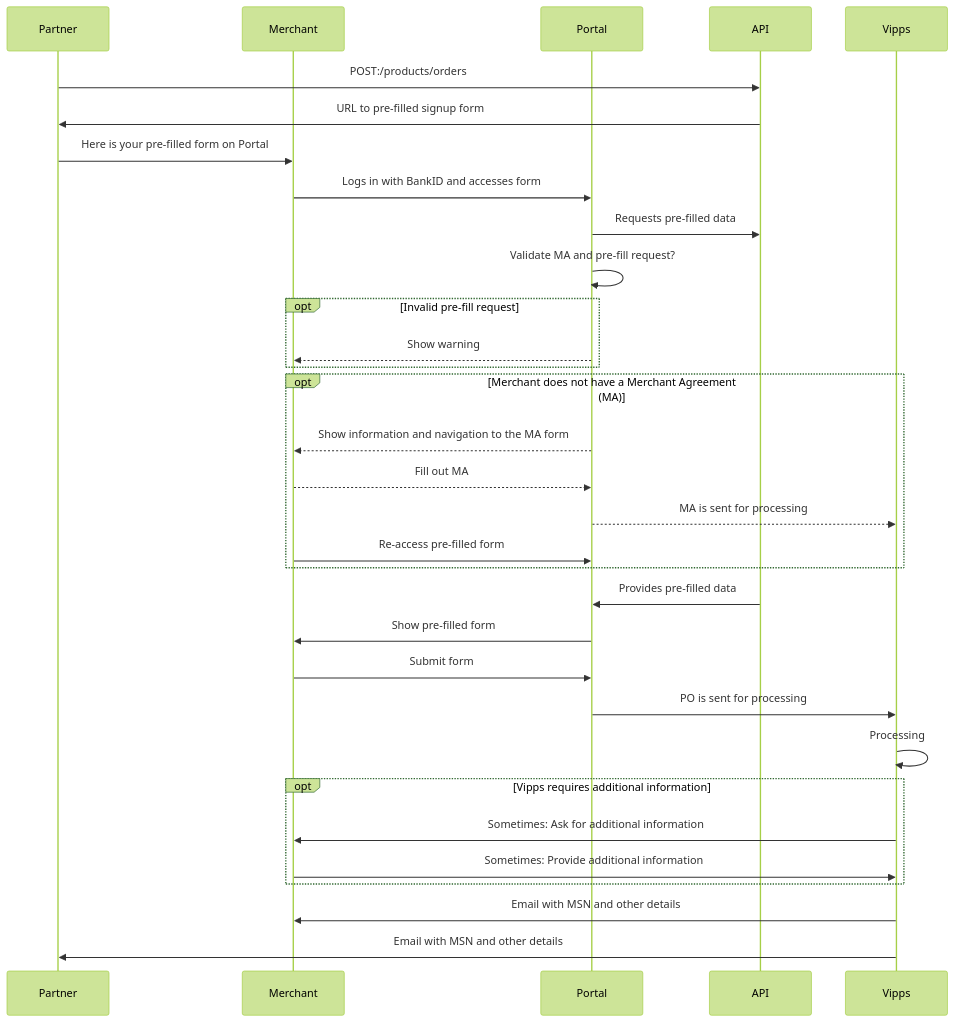
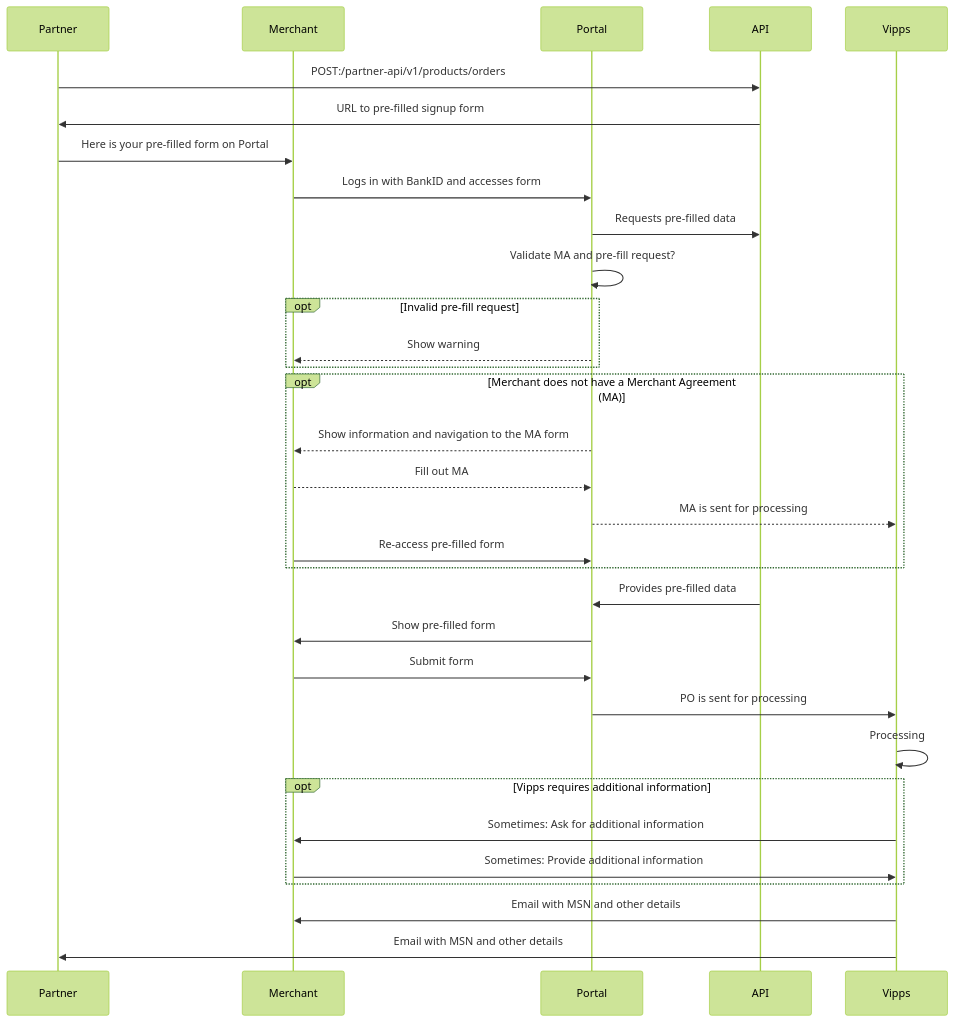
One commit to vippsas/vipps-partner-api changed the third of 3 diagrams in vipps-partner-api.md. Above: the diagram before and after it, drawn with Mermaid (forest theme). The commit also changed other lines of this file and 2 other files, not shown here.

Commit message:
Update endpoint html paths to show whole name (including partner-api and version)

````diff
--- a/vipps-partner-api.md
+++ b/vipps-partner-api.md
@@ -200,34 +190,34 @@
 ```mermaid
 sequenceDiagram
     participant Partner
     participant Merchant
     participant Portal
     participant API
     participant Vipps
-    Partner->>API: POST:/products/orders
+    Partner->>API: POST:/partner-api/v1/products/orders
     API->>Partner: URL to pre-filled signup form
     Partner->>Merchant: Here is your pre-filled form on Portal
     Merchant->>Portal: Logs in with BankID and accesses form
     Portal->>API: Requests pre-filled data
     Portal->>Portal: Validate MA and pre-fill request?
     opt Invalid pre-fill request
         Portal-->>Merchant: Show warning
     end
     opt Merchant does not have a Merchant Agreement (MA)
         Portal-->>Merchant: Show information and navigation to the MA form
         Merchant-->>Portal: Fill out MA
         Portal-->>Vipps: MA is sent for processing
         Merchant->>Portal: Re-access pre-filled form
     end
     API->>Portal: Provides pre-filled data
     Portal->>Merchant: Show pre-filled form
     Merchant->>Portal: Submit form
     Portal->>Vipps: PO is sent for processing
     Vipps->>Vipps: Processing
     opt Vipps requires additional information
         Vipps->>Merchant: Sometimes: Ask for additional information
         Merchant->>Vipps: Sometimes: Provide additional information
     end
     Vipps->>Merchant: Email with MSN and other details
     Vipps->>Partner: Email with MSN and other details
 ```
````
